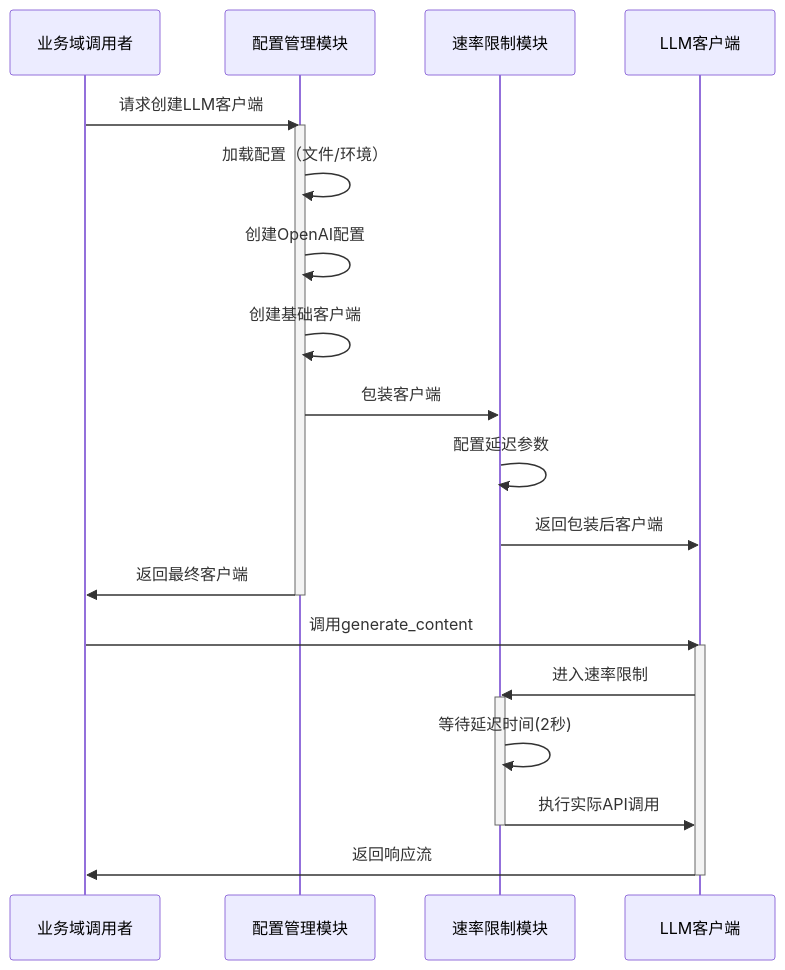
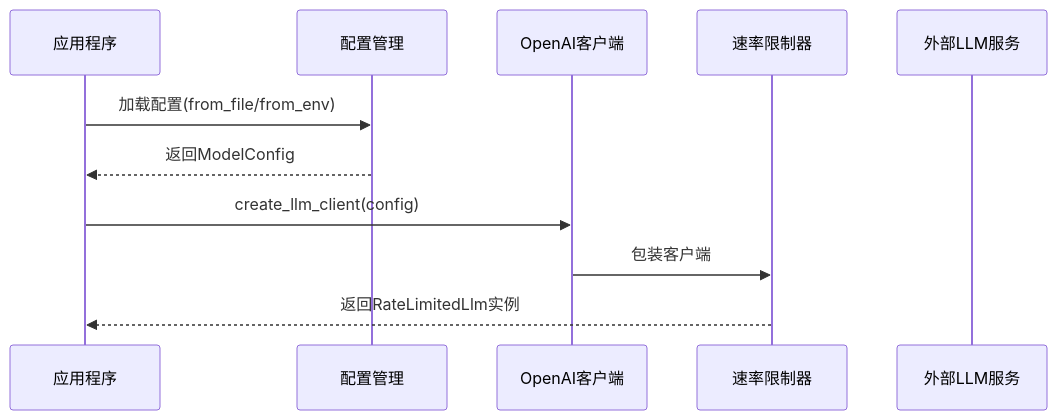
The second of 2 diagrams in litho.docs/zh/4、深入探索/LLM集成域.md (sopaco/cowork-forge), drawn with Mermaid before and after one commit. The commit also changed other lines of this file and 34 other files, not shown here.

````diff
--- a/litho.docs/zh/4、深入探索/LLM集成域.md
+++ b/litho.docs/zh/4、深入探索/LLM集成域.md
@@ -45,28 +120,14 @@
 ```mermaid
 sequenceDiagram
-    participant User as 业务域调用者
-    participant Config as 配置管理模块
-    participant RateLimit as 速率限制模块
-    participant LLMClient as LLM客户端
-    
-    User->>Config: 请求创建LLM客户端
-    activate Config
-    Config->>Config: 加载配置（文件/环境）
-    Config->>Config: 创建OpenAI配置
-    Config->>Config: 创建基础客户端
-    Config->>RateLimit: 包装客户端
-    RateLimit->>RateLimit: 配置延迟参数
-    RateLimit->>LLMClient: 返回包装后客户端
-    Config->>User: 返回最终客户端
-    deactivate Config
-    
-    User->>LLMClient: 调用generate_content
-    activate LLMClient
-    LLMClient->>RateLimit: 进入速率限制
-    activate RateLimit
-    RateLimit->>RateLimit: 等待延迟时间(2秒)
-    RateLimit->>LLMClient: 执行实际API调用
-    deactivate RateLimit
-    LLMClient->>User: 返回响应流
-    deactivate LLMClient
+    participant App as 应用程序
+    participant Config as 配置管理
+    participant OpenAI as OpenAI客户端
+    participant RateLimiter as 速率限制器
+    participant LLM as 外部LLM服务
+
+    App->>Config: 加载配置(from_file/from_env)
+    Config-->>App: 返回ModelConfig
+    App->>OpenAI: create_llm_client(config)
+    OpenAI->>RateLimiter: 包装客户端
+    RateLimiter-->>App: 返回RateLimitedLlm实例
 ```
````
